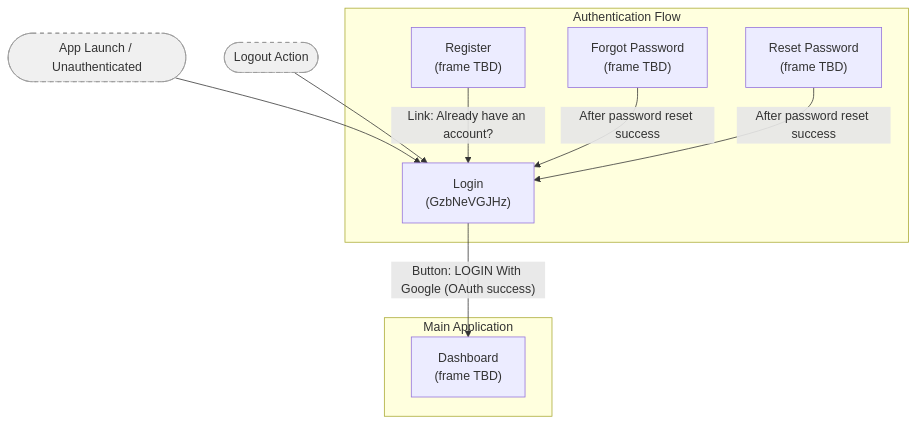
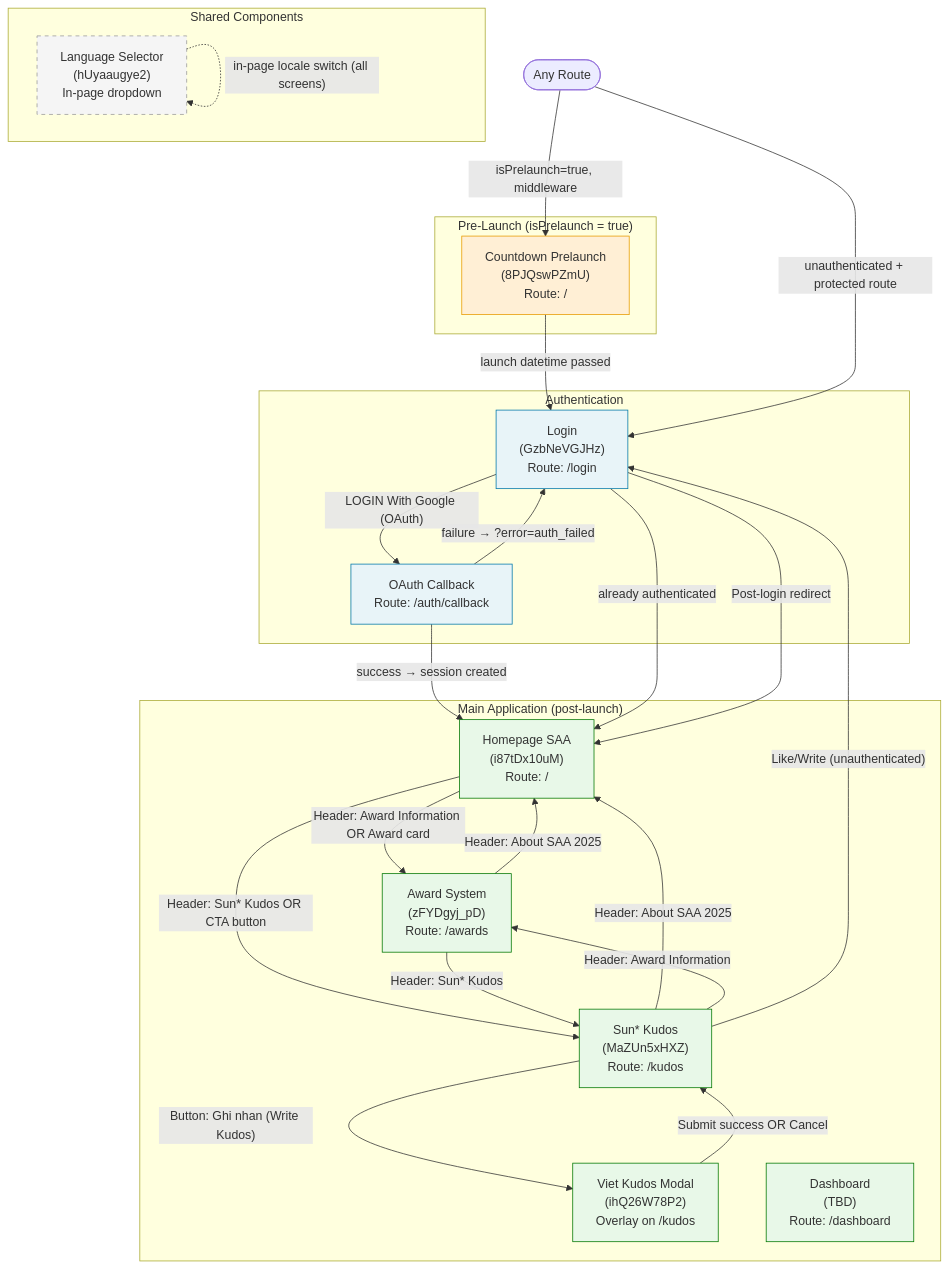
Before and after one commit to havh-1358/ssa-2025: the diagram in .momorph/contexts/SCREENFLOW.md, drawn with Mermaid. The commit also changed other lines of this file and 22 other files, not shown here.

````diff
--- a/.momorph/contexts/SCREENFLOW.md
+++ b/.momorph/contexts/SCREENFLOW.md
@@ -33,25 +55,58 @@
 ```mermaid
 flowchart TD
-    subgraph Auth["Authentication Flow"]
-        Login["Login\n(GzbNeVGJHz)"]
-        Register["Register\n(frame TBD)"]
-        ForgotPassword["Forgot Password\n(frame TBD)"]
-        ResetPassword["Reset Password\n(frame TBD)"]
+    subgraph PreLaunch["Pre-Launch (isPrelaunch = true)"]
+        Countdown["Countdown Prelaunch\n(8PJQswPZmU)\nRoute: /"]
     end
 
-    subgraph Main["Main Application"]
-        Dashboard["Dashboard\n(frame TBD)"]
+    subgraph Auth["Authentication"]
+        Login["Login\n(GzbNeVGJHz)\nRoute: /login"]
+        OAuthCB["OAuth Callback\nRoute: /auth/callback"]
     end
 
-    %% Incoming to Login
-    AppLaunch([App Launch / Unauthenticated]):::entry --> Login
-    Logout([Logout Action]):::entry --> Login
-    Register -->|"Link: Already have an account?"| Login
-    ForgotPassword -->|"After password reset success"| Login
-    ResetPassword -->|"After password reset success"| Login
+    subgraph Main["Main Application (post-launch)"]
+        Home["Homepage SAA\n(i87tDx10uM)\nRoute: /"]
+        Awards["Award System\n(zFYDgyj_pD)\nRoute: /awards"]
+        Kudos["Sun* Kudos\n(MaZUn5xHXZ)\nRoute: /kudos"]
+        VietKudos["Viet Kudos Modal\n(ihQ26W78P2)\nOverlay on /kudos"]
+        Dashboard["Dashboard\n(TBD)\nRoute: /dashboard"]
+    end
 
-    %% Outgoing from Login
-    Login -->|"Button: LOGIN With Google (OAuth success)"| Dashboard
+    subgraph Shared["Shared Components"]
+        LangSelector["Language Selector\n(hUyaaugye2)\nIn-page dropdown"]
+    end
 
-    classDef entry fill:#f0f0f0,stroke:#999,stroke-dasharray:5 5
+    %% Pre-launch gate
+    AnyRoute([Any Route]) -->|"isPrelaunch=true, middleware"| Countdown
+
+    %% Auth flow
+    Countdown -->|"launch datetime passed"| Login
+    AnyRoute -->|"unauthenticated + protected route"| Login
+    Login -->|"LOGIN With Google (OAuth)"| OAuthCB
+    OAuthCB -->|"success → session created"| Home
+    OAuthCB -->|"failure → ?error=auth_failed"| Login
+    Login -->|"already authenticated"| Home
+
+    %% Main navigation
+    Home -->|"Header: Award Information OR Award card"| Awards
+    Home -->|"Header: Sun* Kudos OR CTA button"| Kudos
+    Awards -->|"Header: About SAA 2025"| Home
+    Awards -->|"Header: Sun* Kudos"| Kudos
+    Kudos -->|"Header: About SAA 2025"| Home
+    Kudos -->|"Header: Award Information"| Awards
+    Kudos -->|"Button: Ghi nhan (Write Kudos)"| VietKudos
+    VietKudos -->|"Submit success OR Cancel"| Kudos
+    Kudos -->|"Like/Write (unauthenticated)"| Login
+    Login -->|"Post-login redirect"| Home
+
+    %% Language selector (no route change)
+    LangSelector -.->|"in-page locale switch (all screens)"| LangSelector
+
+    classDef prelaunch fill:#ffefd5,stroke:#e89b00
+    classDef auth fill:#e8f4f8,stroke:#0077aa
+    classDef main fill:#e8f8e8,stroke:#007700
+    classDef shared fill:#f5f5f5,stroke:#999,stroke-dasharray:5 5
+    class Countdown prelaunch
+    class Login,OAuthCB auth
+    class Home,Awards,Kudos,VietKudos,Dashboard main
+    class LangSelector shared
 ```
````
